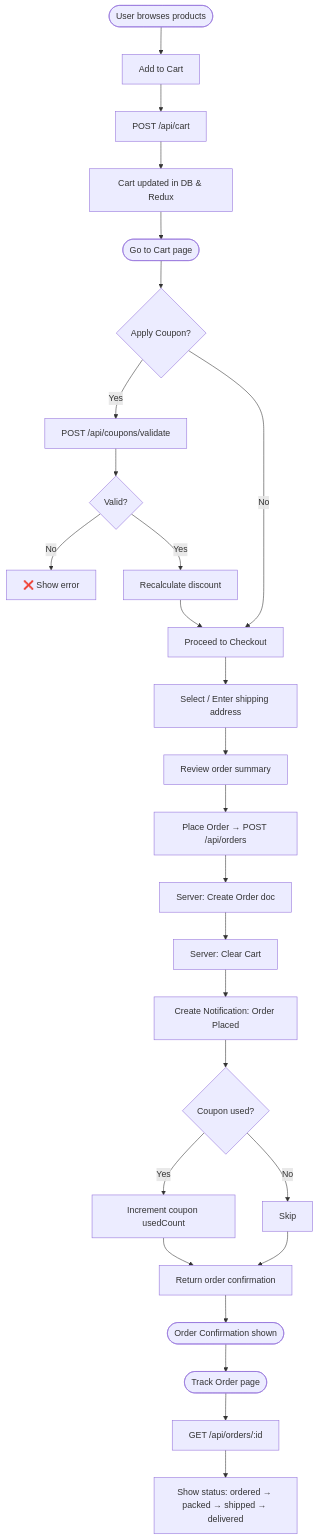
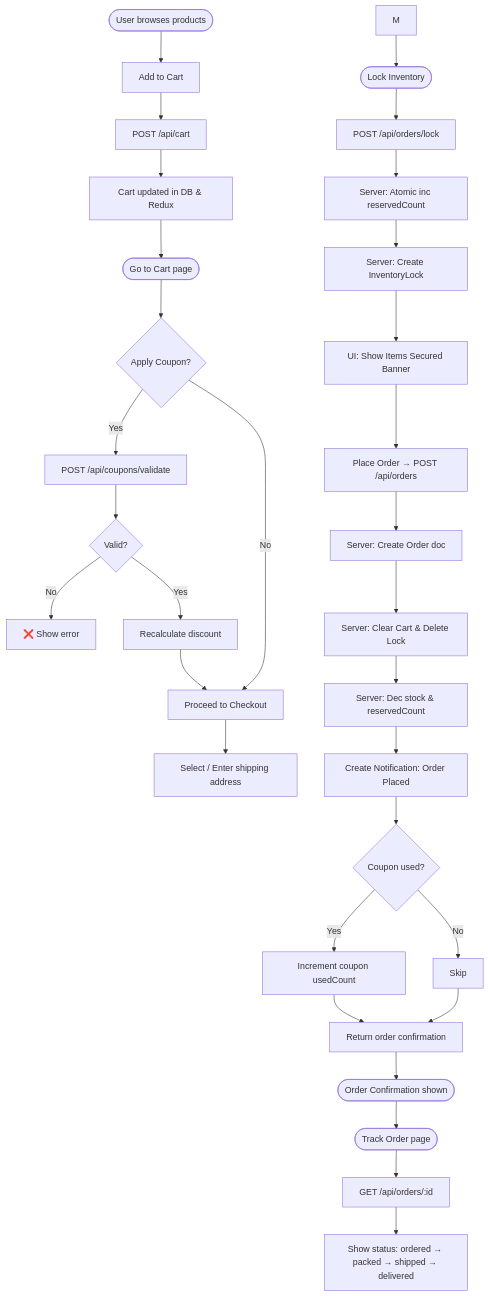
One commit to Narendrakaduru/QuickCart changed the sixth of 12 diagrams in architecture_diagrams.md. Above: the diagram before and after it, drawn with Mermaid. The commit also changed other lines of this file and 10 other files, not shown here.

````diff
--- a/architecture_diagrams.md
+++ b/architecture_diagrams.md
@@ -384,33 +397,38 @@
 ```mermaid
 flowchart TD
     A([User browses products]) --> B["Add to Cart"]
     B --> C["POST /api/cart"]
     C --> D["Cart updated in DB & Redux"]
     D --> E([Go to Cart page])
     E --> F{Apply Coupon?}
 
     F -- Yes --> G["POST /api/coupons/validate"]
     G --> H{Valid?}
     H -- No --> I["❌ Show error"]
     H -- Yes --> J["Recalculate discount"]
     F -- No --> K["Proceed to Checkout"]
     J --> K
 
     K --> L["Select / Enter shipping address"]
-    L --> M["Review order summary"]
-    M --> N["Place Order → POST /api/orders"]
+    M --> L1([Lock Inventory])
+    L1 --> L2["POST /api/orders/lock"]
+    L2 --> L3["Server: Atomic inc reservedCount"]
+    L3 --> L4["Server: Create InventoryLock"]
+    L4 --> L5["UI: Show Items Secured Banner"]
+    L5 --> N["Place Order → POST /api/orders"]
 
     N --> O["Server: Create Order doc"]
-    O --> P["Server: Clear Cart"]
-    P --> PA["Create Notification: Order Placed"]
-    PA --> Q{Coupon used?}
-    Q -- Yes --> R["Increment coupon usedCount"]
-    Q -- No --> S["Skip"]
-    R --> T["Return order confirmation"]
-    S --> T
+    O --> P["Server: Clear Cart & Delete Lock"]
+    P --> Q["Server: Dec stock & reservedCount"]
+    Q --> PA["Create Notification: Order Placed"]
+    PA --> R{Coupon used?}
+    R -- Yes --> S["Increment coupon usedCount"]
+    R -- No --> T["Skip"]
+    S --> U["Return order confirmation"]
+    T --> U
 
-    T --> U([Order Confirmation shown])
-    U --> V([Track Order page])
-    V --> W["GET /api/orders/:id"]
-    W --> X["Show status: ordered → packed → shipped → delivered"]
+    U --> V([Order Confirmation shown])
+    V --> W([Track Order page])
+    W --> X["GET /api/orders/:id"]
+    X --> Y["Show status: ordered → packed → shipped → delivered"]
 ```
````
